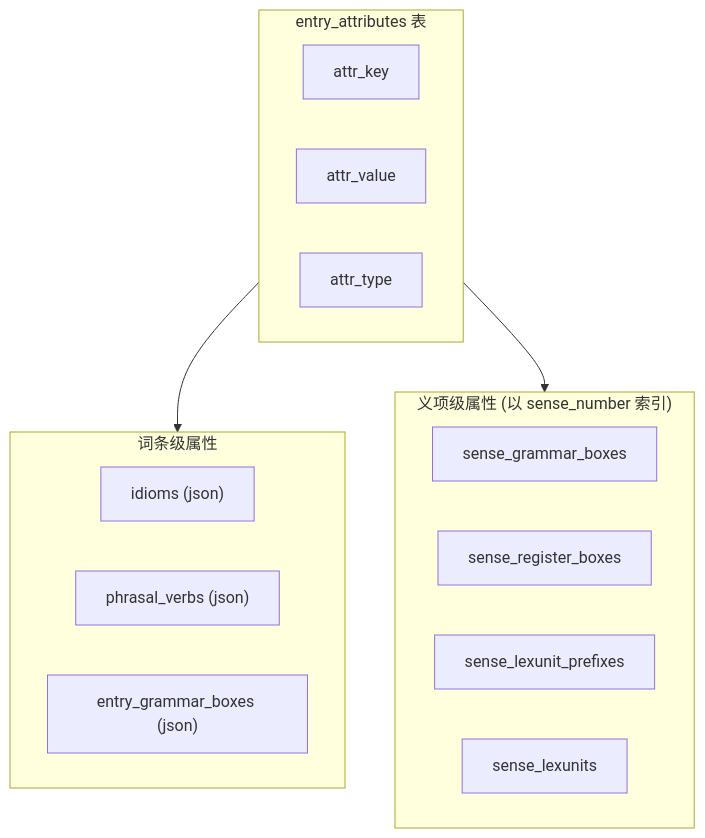
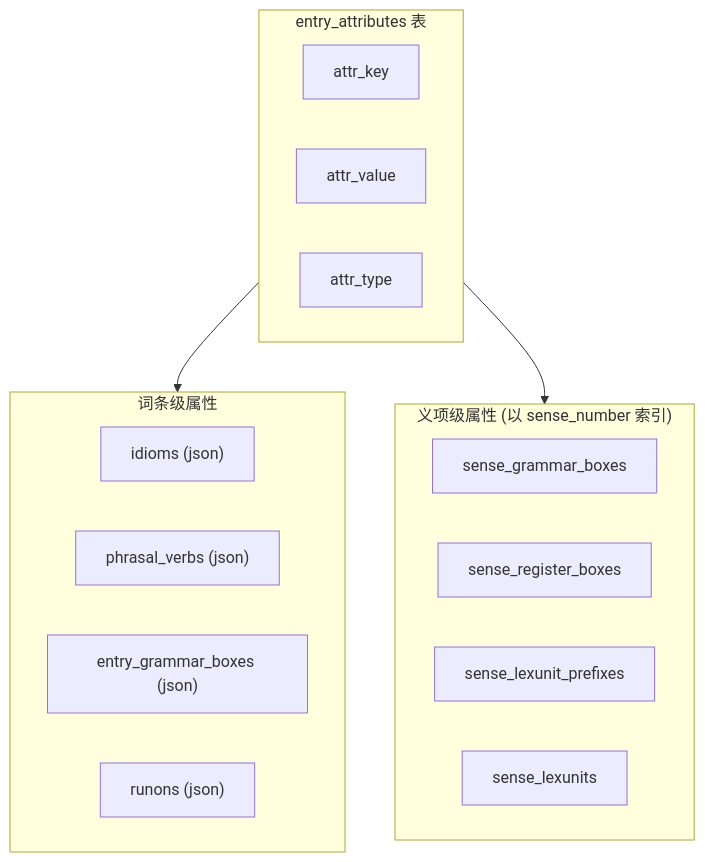
The eighth of 10 diagrams in schema.md (LuciusChen/lexdb), drawn with Mermaid before and after one commit. The commit also changed other lines of this file, not shown here.

First line of the commit message:
docs: update schema.md with runons and idiom labels

````diff
--- a/schema.md
+++ b/schema.md
@@ -372,25 +372,26 @@
 ```mermaid
 flowchart TB
     subgraph entry_attributes["entry_attributes 表"]
         direction LR
         key["attr_key"]
         value["attr_value"]
         type["attr_type"]
     end
 
     subgraph entry_level["词条级属性"]
         idioms["idioms (json)"]
         phrasal["phrasal_verbs (json)"]
         grammar_box["entry_grammar_boxes (json)"]
+        runons["runons (json)"]
     end
 
     subgraph sense_level["义项级属性 (以 sense_number 索引)"]
         sense_grammar["sense_grammar_boxes"]
         sense_register["sense_register_boxes"]
         sense_prefix["sense_lexunit_prefixes"]
         sense_lexunits["sense_lexunits"]
     end
 
     entry_attributes --> entry_level
     entry_attributes --> sense_level
 ```
````
